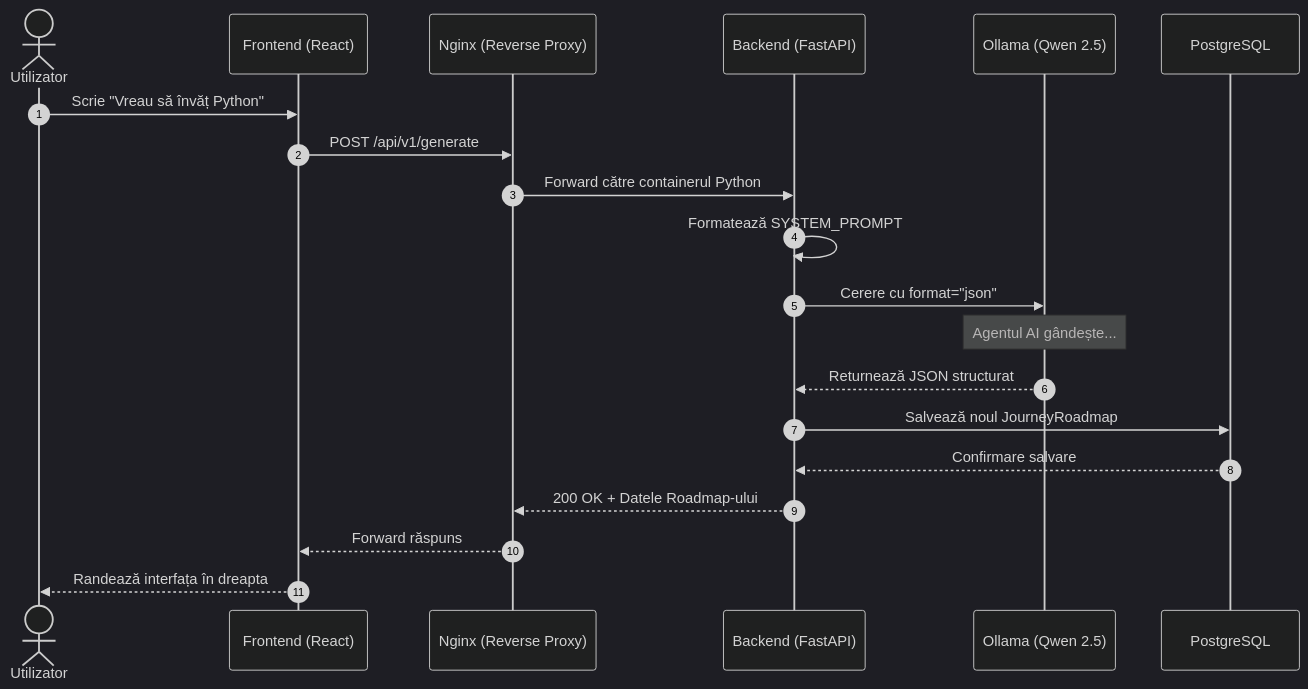
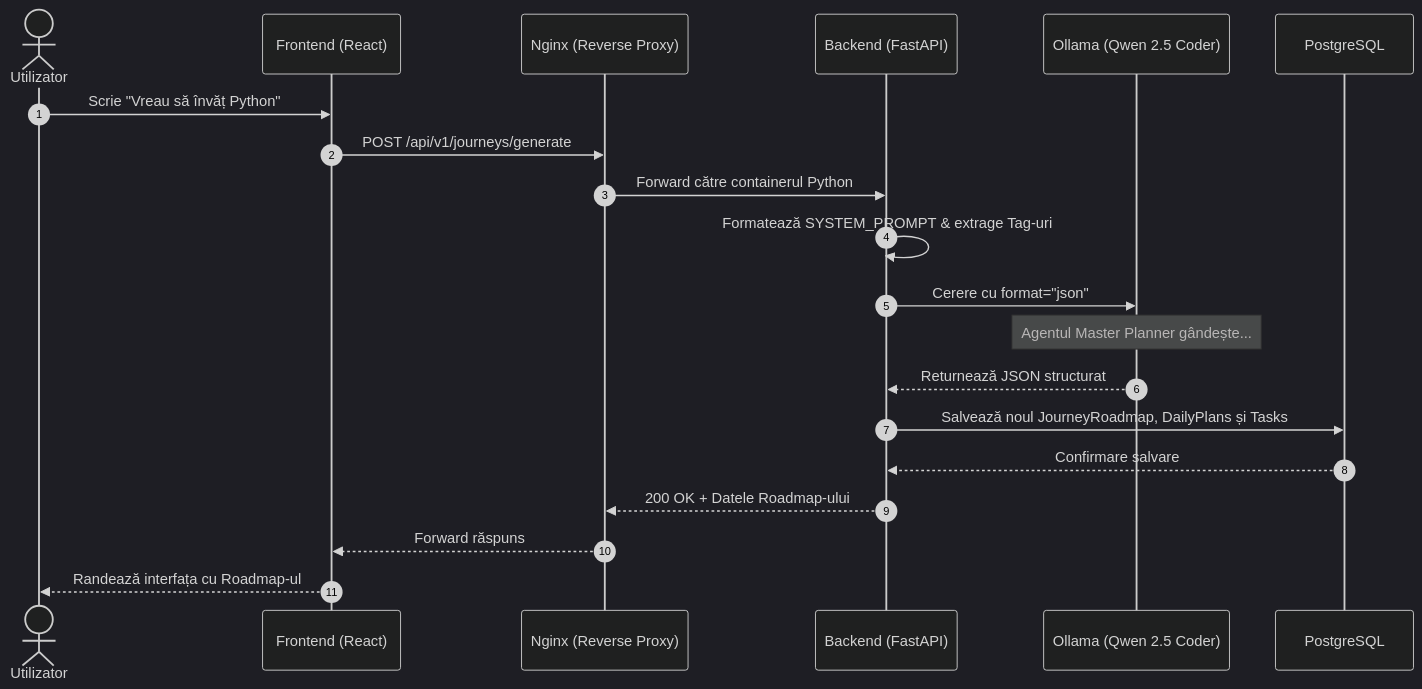
Before and after one commit to SweetCitrusFlower/Larry: the first of 3 diagrams in README.md, drawn with Mermaid (dark theme). The commit also changed other lines of this file, not shown here.

Commit message:
docs: update README to reflect v1.1.0 architecture and new features

````diff
--- a/README.md
+++ b/README.md
@@ -16,23 +17,23 @@
 ```mermaid
 sequenceDiagram
     autonumber
     actor U as Utilizator
     participant F as Frontend (React)
     participant N as Nginx (Reverse Proxy)
     participant B as Backend (FastAPI)
-    participant LLM as Ollama (Qwen 2.5)
+    participant LLM as Ollama (Qwen 2.5 Coder)
     participant DB as PostgreSQL
 
     U->>F: Scrie "Vreau să învăț Python"
-    F->>N: POST /api/v1/generate
+    F->>N: POST /api/v1/journeys/generate
     N->>B: Forward către containerul Python
-    B->>B: Formatează SYSTEM_PROMPT
+    B->>B: Formatează SYSTEM_PROMPT & extrage Tag-uri
     B->>LLM: Cerere cu format="json"
-    Note over LLM: Agentul AI gândește...
+    Note over LLM: Agentul Master Planner gândește...
     LLM-->>B: Returnează JSON structurat
-    B->>DB: Salvează noul JourneyRoadmap
+    B->>DB: Salvează noul JourneyRoadmap, DailyPlans și Tasks
     DB-->>B: Confirmare salvare
     B-->>N: 200 OK + Datele Roadmap-ului
     N-->>F: Forward răspuns
-    F-->>U: Randează interfața în dreapta
+    F-->>U: Randează interfața cu Roadmap-ul
 ```
````
